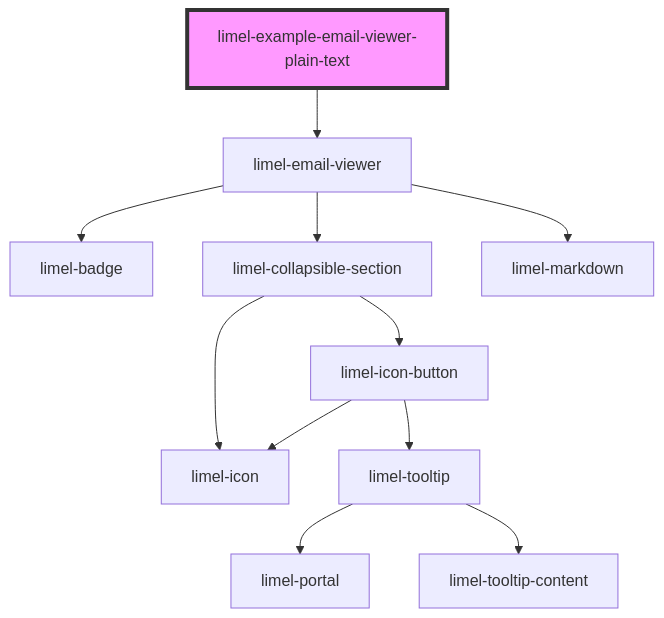
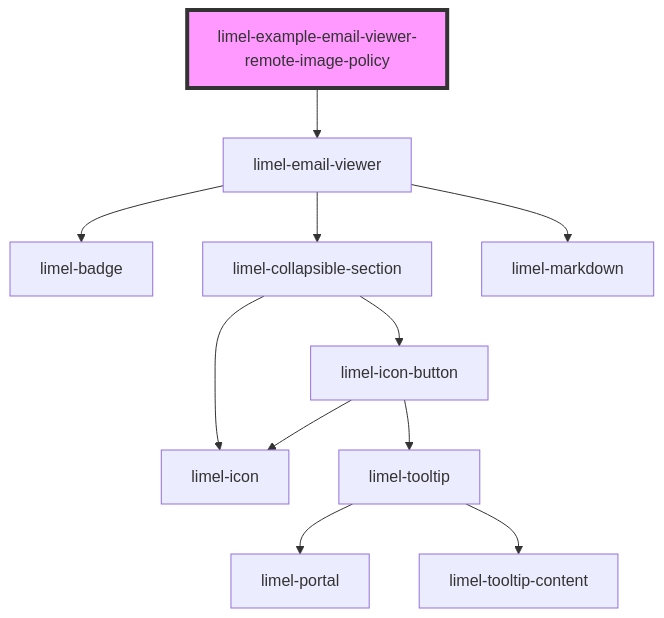
Before and after one commit to Lundalogik/lime-elements: the diagram in versions/PR-3783/markdown-docs/components/email-viewer/examples/readme.md, drawn with Mermaid. The commit also changed other lines of this file and 328 other files, not shown here.

````diff
--- a/versions/PR-3783/markdown-docs/components/email-viewer/examples/readme.md
+++ b/versions/PR-3783/markdown-docs/components/email-viewer/examples/readme.md
@@ -30,14 +23,14 @@
 ```mermaid
 graph TD;
-  limel-example-email-viewer-plain-text --> limel-email-viewer
+  limel-example-email-viewer-remote-image-policy --> limel-email-viewer
   limel-email-viewer --> limel-badge
   limel-email-viewer --> limel-collapsible-section
   limel-email-viewer --> limel-markdown
   limel-collapsible-section --> limel-icon
   limel-collapsible-section --> limel-icon-button
   limel-icon-button --> limel-icon
   limel-icon-button --> limel-tooltip
   limel-tooltip --> limel-portal
   limel-tooltip --> limel-tooltip-content
-  style limel-example-email-viewer-plain-text fill:#f9f,stroke:#333,stroke-width:4px
+  style limel-example-email-viewer-remote-image-policy fill:#f9f,stroke:#333,stroke-width:4px
 ```
````
